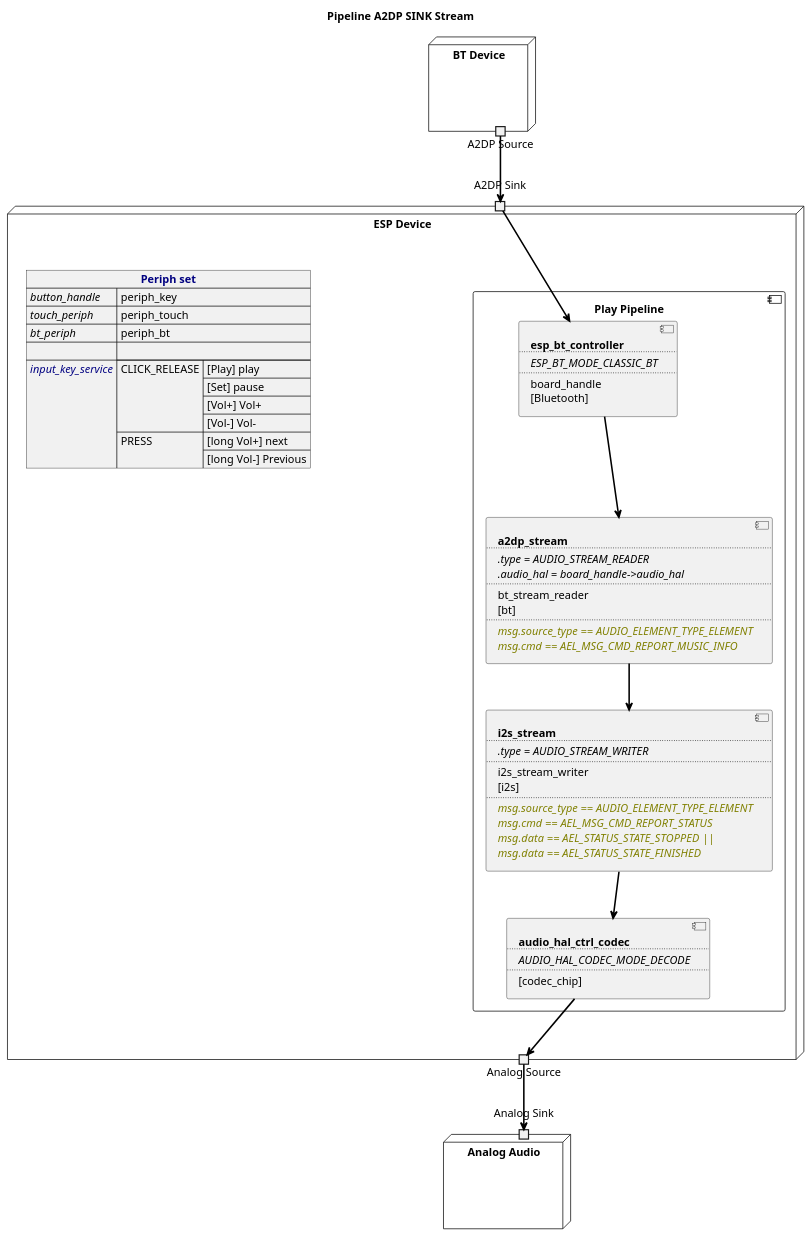
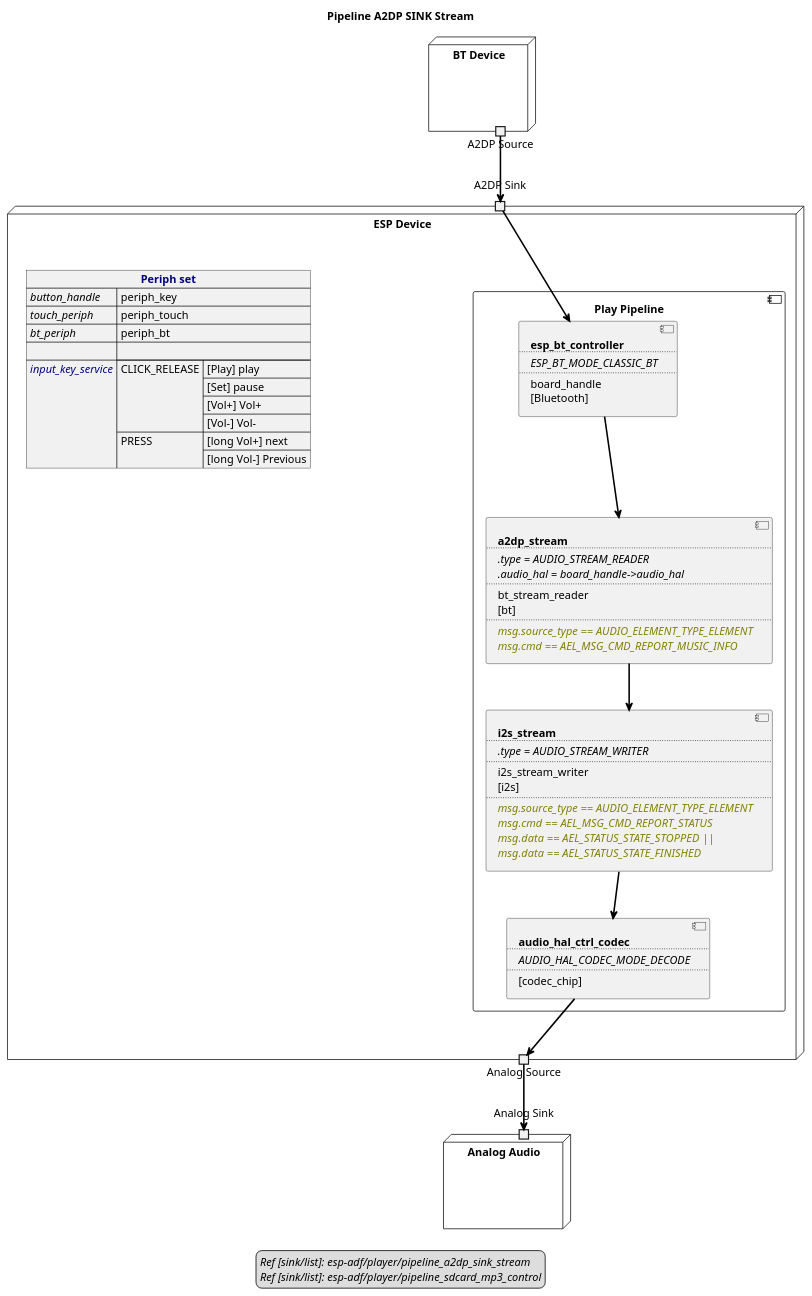
Before and after one commit to liang-zhu-zi/open-audio-adapter: the diagram in examples/esp-adf/player/pipeline_a2dp_sink_stream/audio-stream-diagram.plantuml, drawn with PlantUML. The commit also changed 2 other files, not shown here.

Commit message:
add audio flow chart

```diff
--- a/examples/esp-adf/player/pipeline_a2dp_sink_stream/audio-stream-diagram.plantuml
+++ b/examples/esp-adf/player/pipeline_a2dp_sink_stream/audio-stream-diagram.plantuml
@@ -1,92 +1,97 @@
 @startuml pipeline_a2dp_sink_stream
 title Pipeline A2DP SINK Stream
 allowmixing
+
+legend
+//Ref [sink/list]: esp-adf/player/pipeline_a2dp_sink_stream//
+//Ref [sink/list]: esp-adf/player/pipeline_sdcard_mp3_control//
+end legend
 
 node "BT Device" as BTDevice  {
     portout "A2DP Source" as BTDeviceA2DPSource
 } 
 
 node "ESP Device" as ESPDevice  {
     json "<b><color navy>Periph set" as periph_set {
         "<i>button_handle": "periph_key",
         "<i>touch_periph": "periph_touch",
         "<i>bt_periph": "periph_bt",
         "": "",
         "<i><color navy>input_key_service" : {
             "CLICK_RELEASE":["[Play] play", 
                              "[Set] pause",
                              "[Vol+] Vol+",
                              "[Vol-] Vol-"
             ],
             "PRESS":["[long Vol+] next",
                      "[long Vol-] Previous"
             ]
         }
     }
 
     portin "A2DP Sink" as BTA2DPSink
 
     component "Play Pipeline" as PlayPipeline {
         component BTController [
             <b>esp_bt_controller
             ....
             <i>ESP_BT_MODE_CLASSIC_BT
             ....
             board_handle
             [Bluetooth]
         ]
 
         component A2DPStream [
             <b>a2dp_stream
             ....
             <i>.type = AUDIO_STREAM_READER
             <i>.audio_hal = board_handle->audio_hal
             ....
             bt_stream_reader
             [bt]
             ....
             <i><color olive>msg.source_type == AUDIO_ELEMENT_TYPE_ELEMENT
             <i><color olive>msg.cmd == AEL_MSG_CMD_REPORT_MUSIC_INFO
         ]
 
         component I2SStream [
             <b>i2s_stream
             ....
             <i>.type = AUDIO_STREAM_WRITER
             ....
             i2s_stream_writer
             [i2s]
             ....
             <i><color olive>msg.source_type == AUDIO_ELEMENT_TYPE_ELEMENT
             <i><color olive>msg.cmd == AEL_MSG_CMD_REPORT_STATUS
             <i><color olive>msg.data == AEL_STATUS_STATE_STOPPED ||
             <i><color olive>msg.data == AEL_STATUS_STATE_FINISHED
         ]
 
         component HALCodec [
             <b>audio_hal_ctrl_codec
             ....
             <i>AUDIO_HAL_CODEC_MODE_DECODE
             ....
             [codec_chip]
         ]
     }
 
     portout "Analog Source" as AnalogSource
 } 
 
 node "Analog Audio" as AnalogAudio  {
     portin "Analog Sink" as AnalogSink
 }
 
 BTDeviceA2DPSource --> BTA2DPSink   #line:black;line.bold;text:black
 
 BTA2DPSink  --> BTController    #line:black;line.bold;text:black
 BTController--> A2DPStream      #line:black;line.bold;text:black
 A2DPStream  --> I2SStream       #line:black;line.bold;text:black
 I2SStream   --> HALCodec        #line:black;line.bold;text:black
 HALCodec    --> AnalogSource    #line:black;line.bold;text:black
 
 AnalogSource --> AnalogSink     #line:black;line.bold;text:black
 
 @enduml
```
